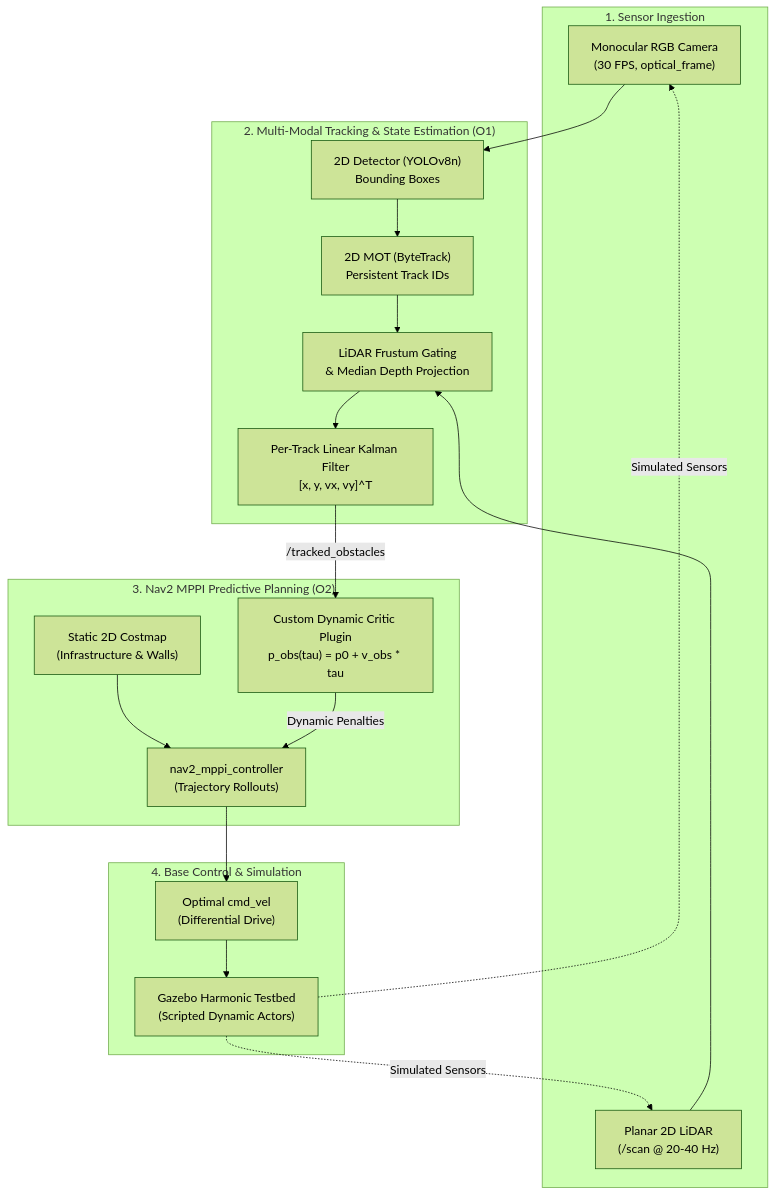
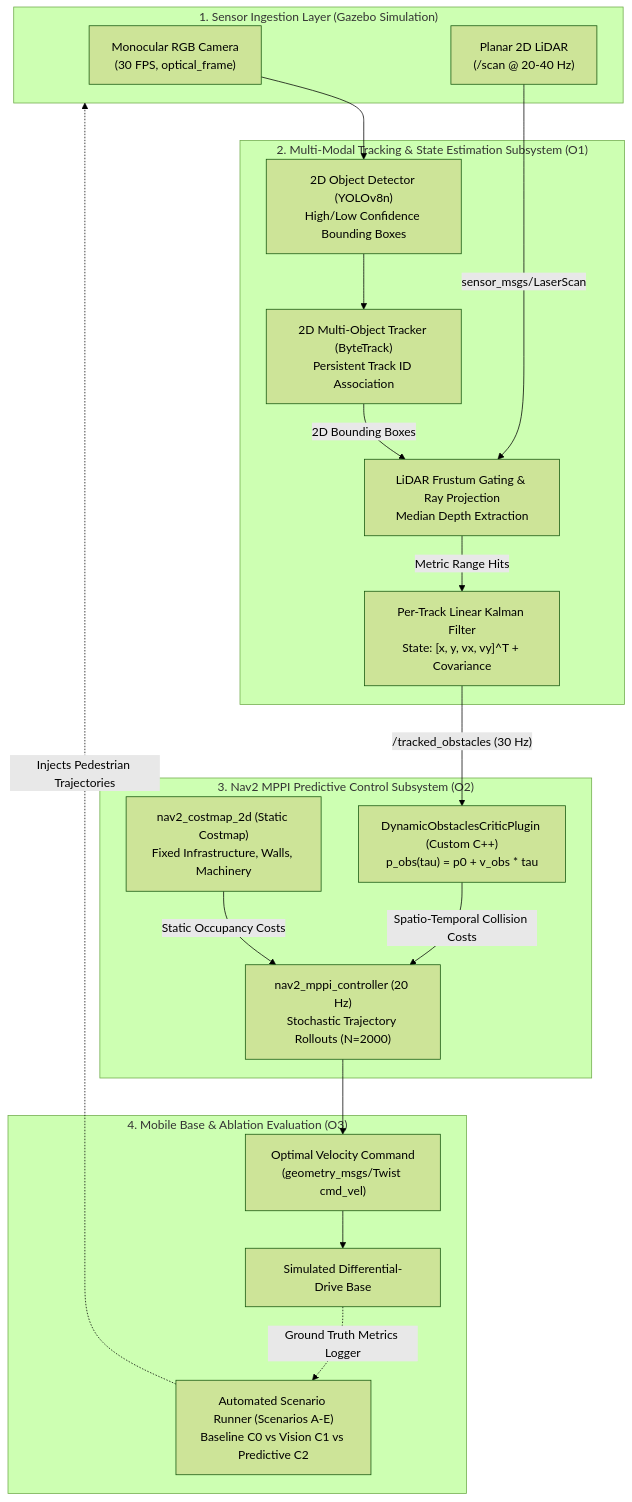
One commit to cupcakes04/y4_ee changed the first of 2 diagrams in modules/EEEE4077_mechatronics_proj/chapters/proposals/overview.md. Above: the diagram before and after it, drawn with Mermaid (forest theme). The commit also changed other lines of this file and 11 other files, not shown here.

````diff
--- a/modules/EEEE4077_mechatronics_proj/chapters/proposals/overview.md
+++ b/modules/EEEE4077_mechatronics_proj/chapters/proposals/overview.md
@@ -37,36 +37,39 @@
 ```mermaid
 flowchart TD
-    subgraph SENSORS["1. Sensor Ingestion"]
+    subgraph SENSORS["1. Sensor Ingestion Layer (Gazebo Simulation)"]
         RGB["Monocular RGB Camera<br>(30 FPS, optical_frame)"]
         LIDAR["Planar 2D LiDAR<br>(/scan @ 20-40 Hz)"]
     end
 
-    subgraph TRACKING["2. Multi-Modal Tracking & State Estimation (O1)"]
-        DET["2D Detector (YOLOv8n)<br>Bounding Boxes"]
-        MOT["2D MOT (ByteTrack)<br>Persistent Track IDs"]
-        FUSION["LiDAR Frustum Gating<br>& Median Depth Projection"]
-        KF["Per-Track Linear Kalman Filter<br>[x, y, vx, vy]^T"]
+    subgraph TRACKING["2. Multi-Modal Tracking & State Estimation Subsystem (O1)"]
+        DET["2D Object Detector (YOLOv8n)<br>High/Low Confidence Bounding Boxes"]
+        MOT["2D Multi-Object Tracker (ByteTrack)<br>Persistent Track ID Association"]
+        FUSION["LiDAR Frustum Gating & Ray Projection<br>Median Depth Extraction"]
+        KF["Per-Track Linear Kalman Filter<br>State: [x, y, vx, vy]^T + Covariance"]
     end
 
-    subgraph PLANNING["3. Nav2 MPPI Predictive Planning (O2)"]
-        COSTMAP["Static 2D Costmap<br>(Infrastructure & Walls)"]
-        MPPI["nav2_mppi_controller<br>(Trajectory Rollouts)"]
-        CRITIC["Custom Dynamic Critic Plugin<br>p_obs(tau) = p0 + v_obs * tau"]
+    subgraph PLANNING["3. Nav2 MPPI Predictive Control Subsystem (O2)"]
+        COSTMAP["nav2_costmap_2d (Static Costmap)<br>Fixed Infrastructure, Walls, Machinery"]
+        MPPI["nav2_mppi_controller (20 Hz)<br>Stochastic Trajectory Rollouts (N=2000)"]
+        CRITIC["DynamicObstaclesCriticPlugin (Custom C++)<br>p_obs(tau) = p0 + v_obs * tau"]
     end
 
-    subgraph BASE["4. Base Control & Simulation"]
-        CMD["Optimal cmd_vel<br>(Differential Drive)"]
-        GAZEBO["Gazebo Harmonic Testbed<br>(Scripted Dynamic Actors)"]
+    subgraph BASE["4. Mobile Base & Ablation Evaluation (O3)"]
+        CMD["Optimal Velocity Command<br>(geometry_msgs/Twist cmd_vel)"]
+        DIFF["Simulated Differential-Drive Base"]
+        HARNESS["Automated Scenario Runner (Scenarios A-E)<br>Baseline C0 vs Vision C1 vs Predictive C2"]
     end
 
-    RGB --> DET --> MOT
-    MOT --> FUSION
-    LIDAR --> FUSION
-    FUSION --> KF
-    KF -->|/tracked_obstacles| CRITIC
-    COSTMAP --> MPPI
-    CRITIC -->|Dynamic Penalties| MPPI
-    MPPI --> CMD --> GAZEBO
-    GAZEBO -.->|Simulated Sensors| RGB
-    GAZEBO -.->|Simulated Sensors| LIDAR
+    RGB --> DET
+    DET --> MOT
+    MOT -->|"2D Bounding Boxes"| FUSION
+    LIDAR -->|"sensor_msgs/LaserScan"| FUSION
+    FUSION -->|"Metric Range Hits"| KF
+    KF -->|"/tracked_obstacles (30 Hz)"| CRITIC
+    COSTMAP -->|"Static Occupancy Costs"| MPPI
+    CRITIC -->|"Spatio-Temporal Collision Costs"| MPPI
+    MPPI --> CMD
+    CMD --> DIFF
+    HARNESS -.->|"Injects Pedestrian Trajectories"| SENSORS
+    DIFF -.->|"Ground Truth Metrics Logger"| HARNESS
 ```
````
